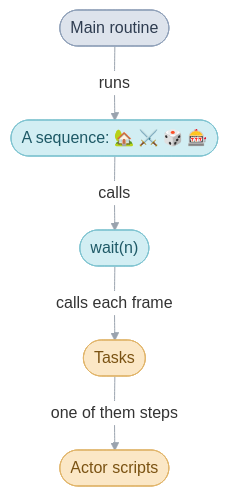
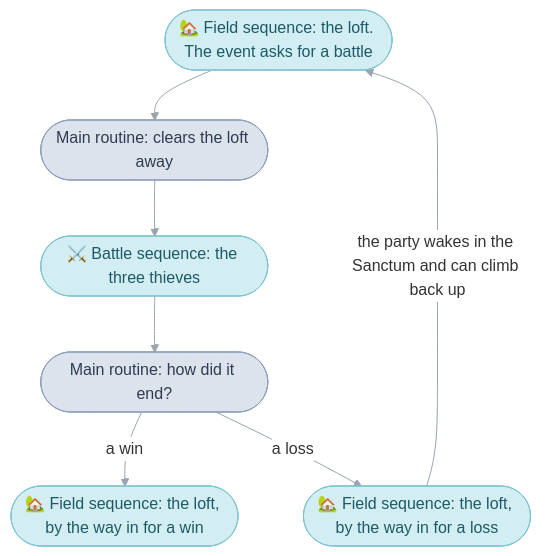
The first of 3 diagrams in games/tbs/README.md (PascalPixel/alchemy), drawn with Mermaid before and after one commit. The commit also changed other lines of this file and 20 other files, not shown here.

````diff
--- a/games/tbs/README.md
+++ b/games/tbs/README.md
@@ -29,14 +127,14 @@
 ```mermaid
 %%{init: {"theme": "base", "themeVariables": {"lineColor": "#9AA3AE", "edgeLabelBackground": "#FFFFFF"}, "flowchart": {"curve": "basis", "padding": 12}}}%%
 flowchart TD
-  mainRoutine(["Main routine"]) -- "runs" --> sequence(["A sequence: 🏡 ⚔️ 🎲 🎰"])
-  sequence -- "calls" --> waitCall(["wait(n)"])
-  waitCall -- "calls each frame" --> tasks(["Tasks"])
-  tasks -- "one of them steps" --> scripts(["Actor scripts"])
+  loft(["🏡 Field sequence: the loft. The event asks for a battle"]) --> main1(["Main routine: clears the loft away"])
+  main1 --> battle(["⚔️ Battle sequence: the three thieves"])
+  battle --> main2(["Main routine: how did it end?"])
+  main2 -- "a win" --> won(["🏡 Field sequence: the loft, by the way in for a win"])
+  main2 -- "a loss" --> lost(["🏡 Field sequence: the loft, by the way in for a loss"])
+  lost -- "the party wakes in the Sanctum and can climb back up" --> loft
   classDef mainRoutine fill:#DDE3EC,stroke:#8FA0B8,color:#2E3C50
   classDef sequence fill:#D2EEF3,stroke:#7FC3D0,color:#1E5966
-  classDef frame fill:#FBE7C6,stroke:#E0B46A,color:#7A5212
-  class mainRoutine mainRoutine
-  class sequence,waitCall sequence
-  class tasks,scripts frame
+  class main1,main2 mainRoutine
+  class loft,battle,won,lost sequence
 ```
````
